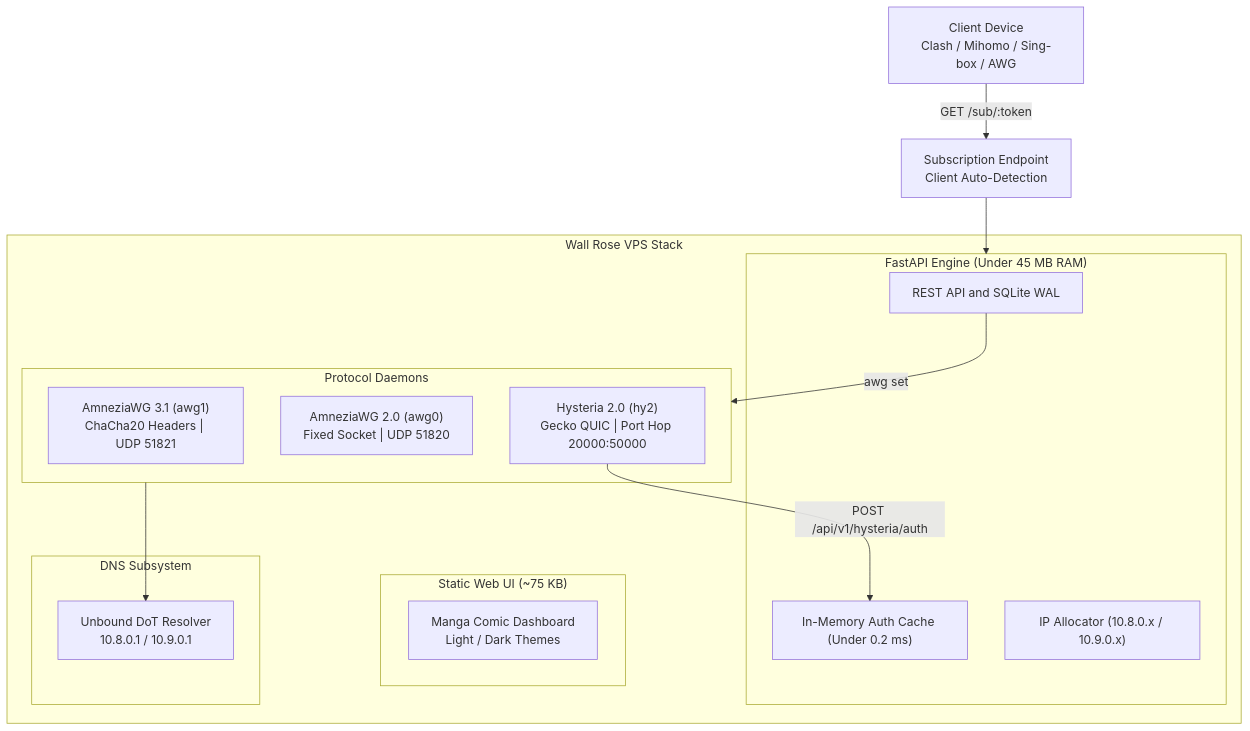
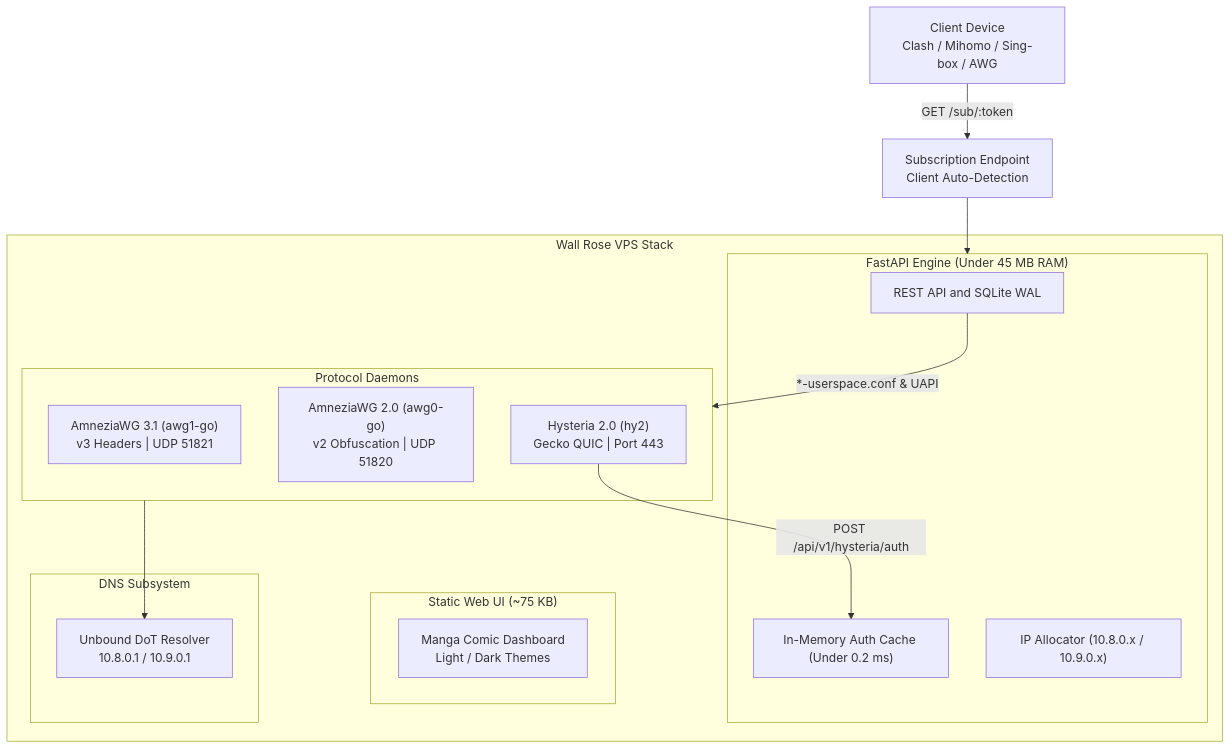
The diagram in README.md (h1am7a/wall-rose), drawn with Mermaid before and after one commit. The commit also changed other lines of this file and 7 other files, not shown here.

````diff
--- a/README.md
+++ b/README.md
@@ -30,31 +30,31 @@
 ```mermaid
 flowchart TD
     Client["Client Device<br>Clash / Mihomo / Sing-box / AWG"] -->|"GET /sub/:token"| SubEndpoint["Subscription Endpoint<br>Client Auto-Detection"]
 
     subgraph Server ["Wall Rose VPS Stack"]
         subgraph UI ["Static Web UI (~75 KB)"]
             Web["Manga Comic Dashboard<br>Light / Dark Themes"]
         end
 
         subgraph Backend ["FastAPI Engine (Under 45 MB RAM)"]
             API["REST API and SQLite WAL"]
             Cache["In-Memory Auth Cache (Under 0.2 ms)"]
             IPAM["IP Allocator (10.8.0.x / 10.9.0.x)"]
         end
 
         subgraph Daemons ["Protocol Daemons"]
-            AWG31["AmneziaWG 3.1 (awg1)<br>ChaCha20 Headers | UDP 51821"]
-            AWG20["AmneziaWG 2.0 (awg0)<br>Fixed Socket | UDP 51820"]
-            HY2["Hysteria 2.0 (hy2)<br>Gecko QUIC | Port Hop 20000:50000"]
+            AWG31["AmneziaWG 3.1 (awg1-go)<br>v3 Headers | UDP 51821"]
+            AWG20["AmneziaWG 2.0 (awg0-go)<br>v2 Obfuscation | UDP 51820"]
+            HY2["Hysteria 2.0 (hy2)<br>Gecko QUIC | Port 443"]
         end
 
         subgraph DNS ["DNS Subsystem"]
             Unbound["Unbound DoT Resolver<br>10.8.0.1 / 10.9.0.1"]
         end
     end
 
     SubEndpoint --> Backend
-    API -->|"awg set"| Daemons
+    API -->|"*-userspace.conf & UAPI"| Daemons
     HY2 -->|"POST /api/v1/hysteria/auth"| Cache
     Daemons --> Unbound
 ```
````
